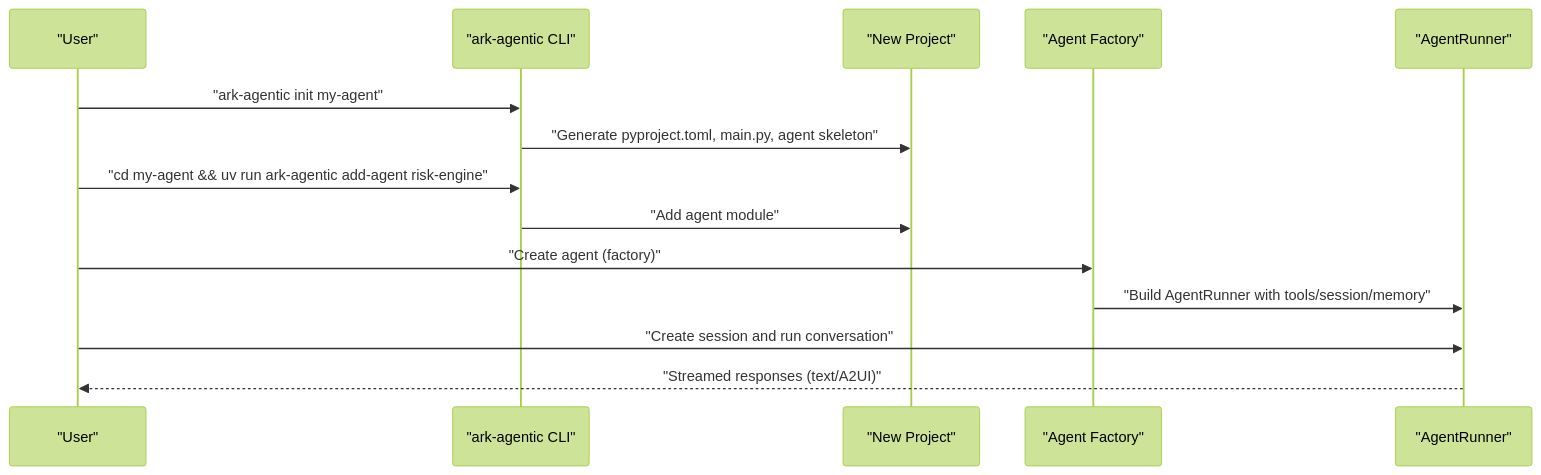
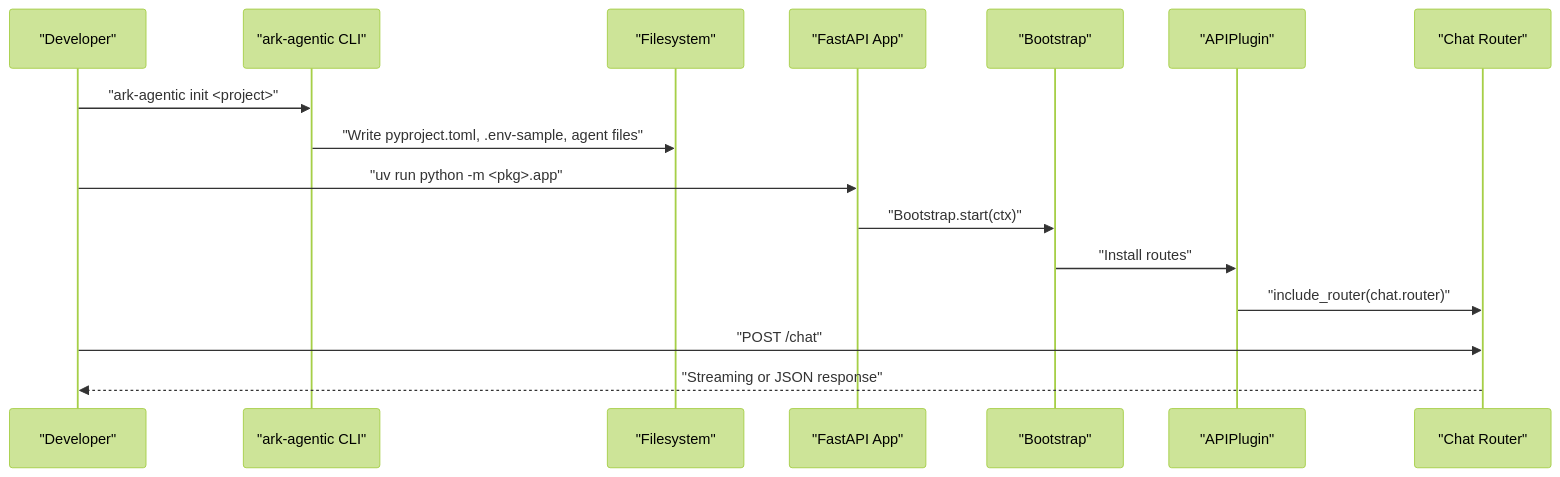
One commit to YU-JI-KUI/ark-agentic changed the second of 5 diagrams in repowiki/en/content/Getting Started.md. Above: the diagram before and after it, drawn with Mermaid (forest theme). The commit also changed other lines of this file and 116 other files, not shown here.

Commit message:
Refactor README structure and content for clarity; remove outdated CLI and utilities documentation. Introduce new API Reference and CLI Tooling documents to enhance user guidance and project organization.

````diff
--- a/repowiki/en/content/Getting Started.md
+++ b/repowiki/en/content/Getting Started.md
@@ -104,16 +100,18 @@
 ```mermaid
 sequenceDiagram
-participant User as "User"
+participant Dev as "Developer"
 participant CLI as "ark-agentic CLI"
-participant Project as "New Project"
-participant Agent as "Agent Factory"
-participant Runner as "AgentRunner"
-User->>CLI : "ark-agentic init my-agent"
-CLI->>Project : "Generate pyproject.toml, main.py, agent skeleton"
-User->>CLI : "cd my-agent && uv run ark-agentic add-agent risk-engine"
-CLI->>Project : "Add agent module"
-User->>Agent : "Create agent (factory)"
-Agent->>Runner : "Build AgentRunner with tools/session/memory"
-User->>Runner : "Create session and run conversation"
-Runner-->>User : "Streamed responses (text/A2UI)"
+participant FS as "Filesystem"
+participant App as "FastAPI App"
+participant Boot as "Bootstrap"
+participant API as "APIPlugin"
+participant Chat as "Chat Router"
+Dev->>CLI : "ark-agentic init <project>"
+CLI->>FS : "Write pyproject.toml, .env-sample, agent files"
+Dev->>App : "uv run python -m <pkg>.app"
+App->>Boot : "Bootstrap.start(ctx)"
+Boot->>API : "Install routes"
+API->>Chat : "include_router(chat.router)"
+Dev->>Chat : "POST /chat"
+Chat-->>Dev : "Streaming or JSON response"
 ```
````
